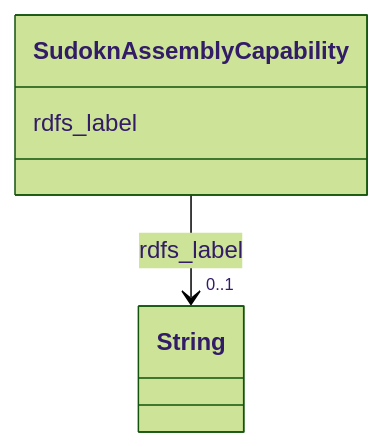
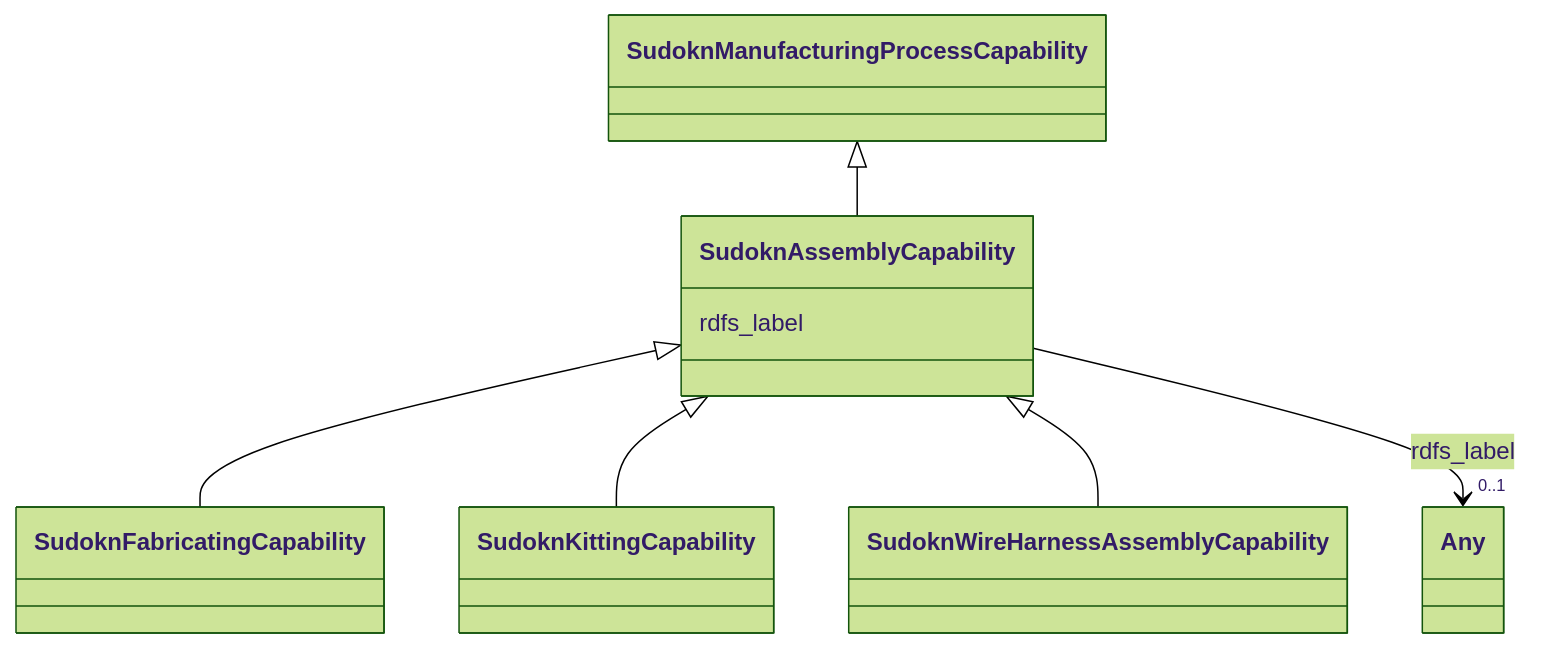
Before and after one commit to frink-okn/graph-descriptions: the diagram in sudokn-kg/classes/SudoknAssemblyCapability.md, drawn with Mermaid (forest theme). The commit also changed other lines of this file and 903 other files, not shown here.

````diff
--- a/sudokn-kg/classes/SudoknAssemblyCapability.md
+++ b/sudokn-kg/classes/SudoknAssemblyCapability.md
@@ -23,15 +18,27 @@
 ```mermaid
  classDiagram
     class SudoknAssemblyCapability
     click SudoknAssemblyCapability href "../SudoknAssemblyCapability"
+      SudoknManufacturingProcessCapability <|-- SudoknAssemblyCapability
+        click SudoknManufacturingProcessCapability href "../SudoknManufacturingProcessCapability"
+      
+
+      SudoknAssemblyCapability <|-- SudoknFabricatingCapability
+        click SudoknFabricatingCapability href "../SudoknFabricatingCapability"
+      SudoknAssemblyCapability <|-- SudoknKittingCapability
+        click SudoknKittingCapability href "../SudoknKittingCapability"
+      SudoknAssemblyCapability <|-- SudoknWireHarnessAssemblyCapability
+        click SudoknWireHarnessAssemblyCapability href "../SudoknWireHarnessAssemblyCapability"
+      
+      
       SudoknAssemblyCapability : rdfs_label
         
           
     
     
-    SudoknAssemblyCapability --> "0..1" String : rdfs_label
-    click String href "../String"
+    SudoknAssemblyCapability --> "0..1" Any : rdfs_label
+    click Any href "../Any"
 
         
       
 ```
````
